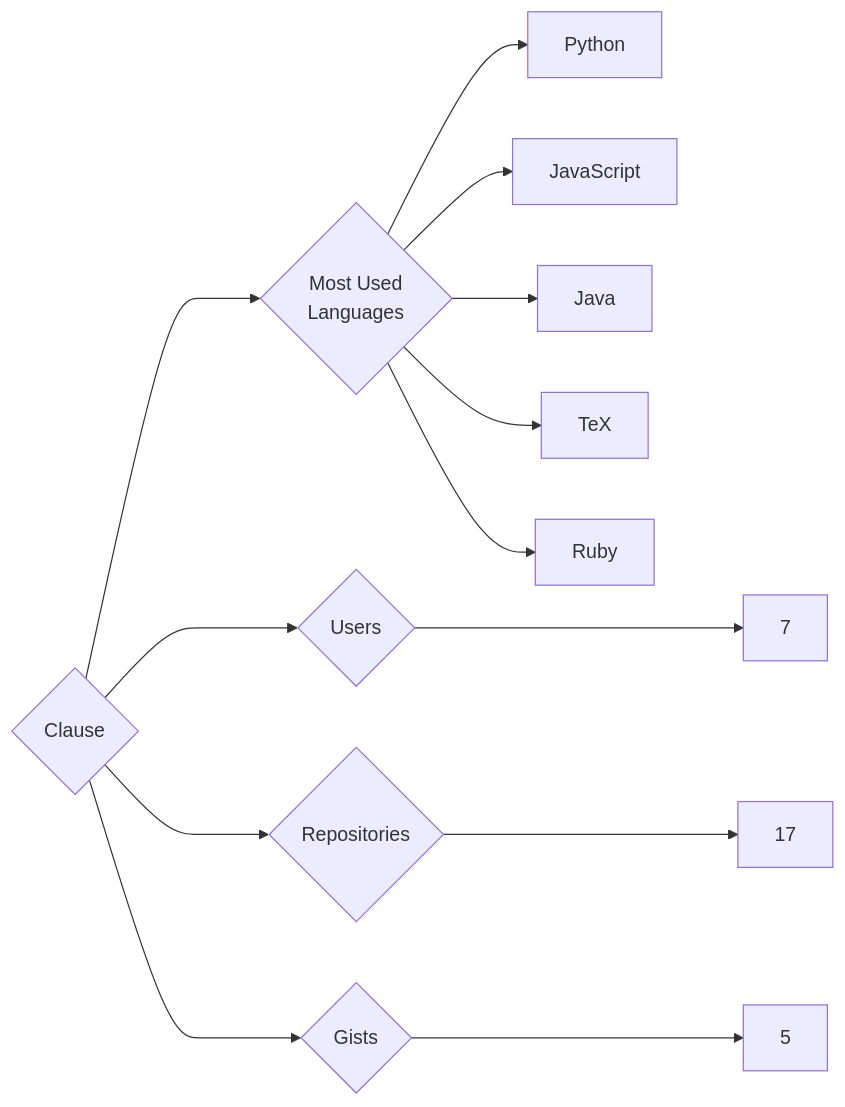
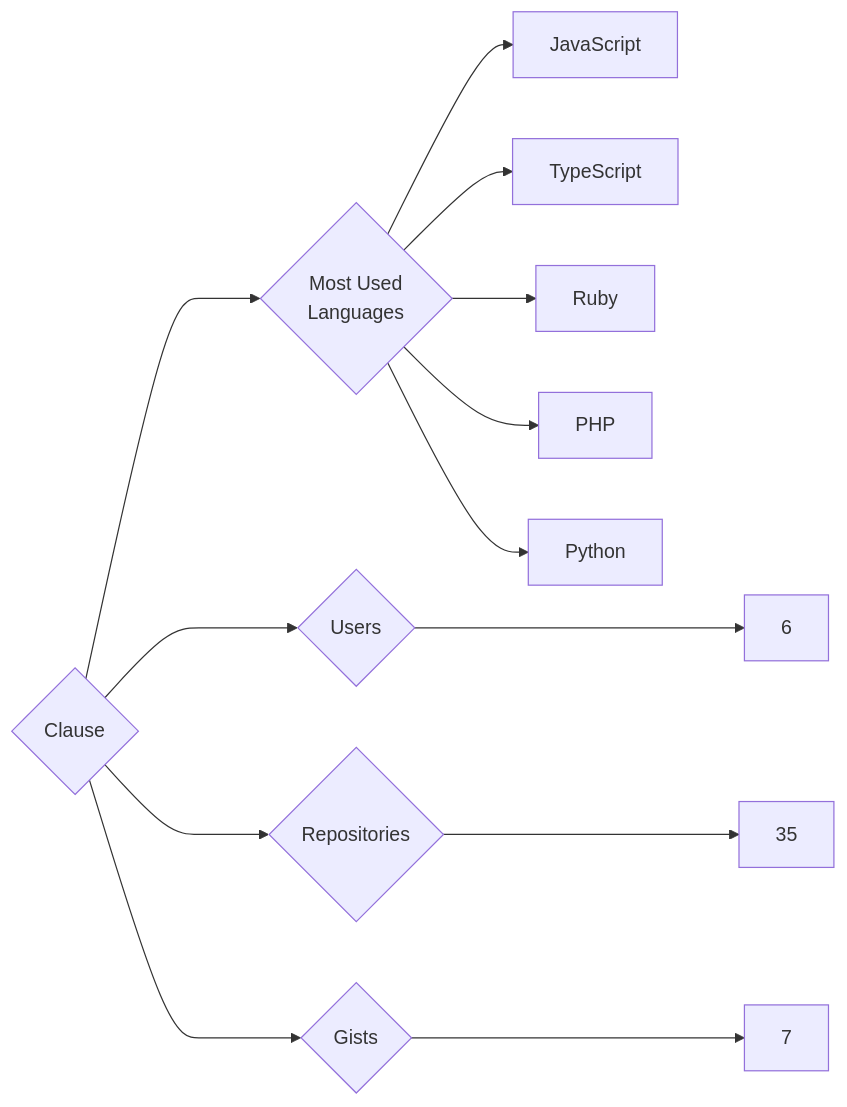
The diagram in targets/Clause/README.md (trickest/insiders), drawn with Mermaid before and after one commit. The commit also changed 773 other files, not shown here.

````diff
--- a/targets/Clause/README.md
+++ b/targets/Clause/README.md
@@ -3,13 +3,13 @@
 ```mermaid
 graph LR
 COMPANY_NAME{Clause}
-COMPANY_NAME ---> U{Users} ---> UN[7]
-COMPANY_NAME ---> R{Repositories} ---> RN[17]
-COMPANY_NAME ---> G{Gists} ---> GN[5]
+COMPANY_NAME ---> U{Users} ---> UN[6]
+COMPANY_NAME ---> R{Repositories} ---> RN[35]
+COMPANY_NAME ---> G{Gists} ---> GN[7]
 COMPANY_NAME ---> ML{Most Used<br>Languages}
+ML --> JavaScript[JavaScript]
+ML --> TypeScript[TypeScript]
+ML --> Ruby[Ruby]
+ML --> PHP[PHP]
 ML --> Python[Python]
-ML --> JavaScript[JavaScript]
-ML --> Java[Java]
-ML --> TeX[TeX]
-ML --> Ruby[Ruby]
 ```
````
